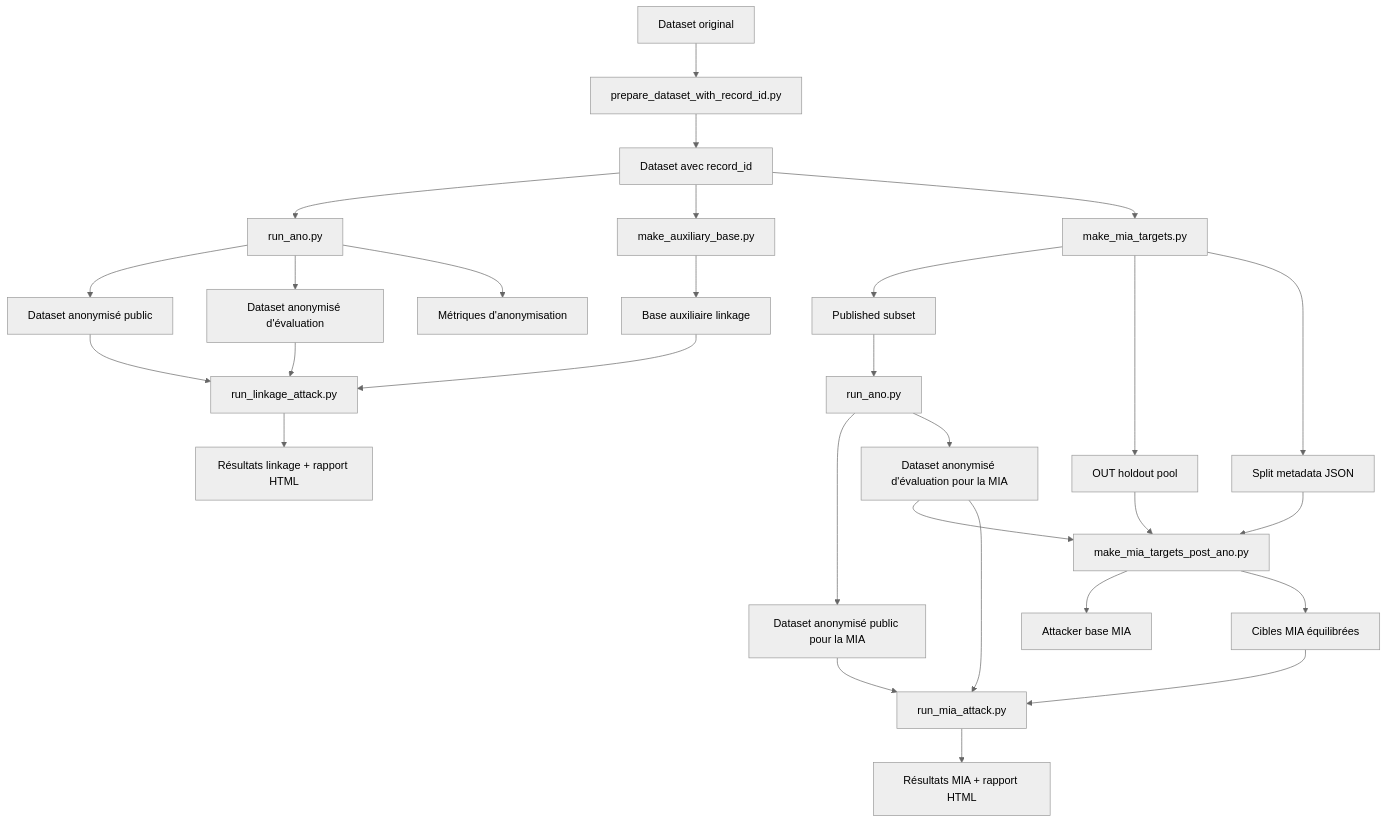
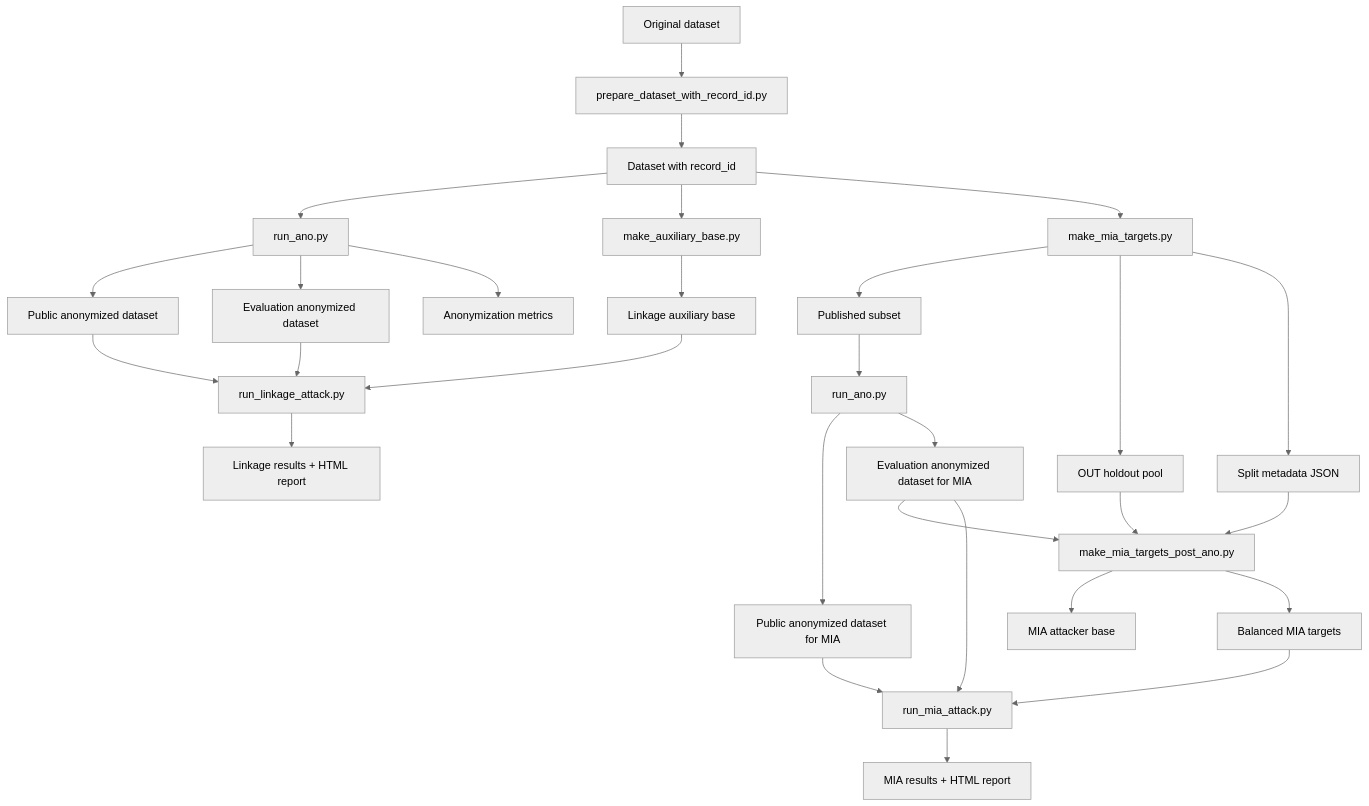
The diagram in ter_attacker_08_04/docs/vue_generale.md (LouisJauniau/TER_privacy_attack), drawn with Mermaid (neutral theme) before and after one commit. The commit also changed other lines of this file and 16 other files, not shown here.

````diff
--- a/ter_attacker_08_04/docs/vue_generale.md
+++ b/ter_attacker_08_04/docs/vue_generale.md
@@ -58,38 +58,38 @@
 ```mermaid
 flowchart TD
-    A[Dataset original] --> B[prepare_dataset_with_record_id.py]
-    B --> C[Dataset avec record_id]
+    A[Original dataset] --> B[prepare_dataset_with_record_id.py]
+    B --> C[Dataset with record_id]
 
     C --> D[run_ano.py]
-    D --> E[Dataset anonymisé public]
-    D --> F[Dataset anonymisé d'évaluation]
-    D --> G[Métriques d'anonymisation]
+    D --> E[Public anonymized dataset]
+    D --> F[Evaluation anonymized dataset]
+    D --> G[Anonymization metrics]
 
     C --> H[make_auxiliary_base.py]
-    H --> I[Base auxiliaire linkage]
+    H --> I[Linkage auxiliary base]
 
     E --> J[run_linkage_attack.py]
     F --> J
     I --> J
-    J --> K[Résultats linkage + rapport HTML]
+    J --> K[Linkage results + HTML report]
 
     C --> L[make_mia_targets.py]
     L --> M[Published subset]
     L --> N[OUT holdout pool]
     L --> O[Split metadata JSON]
 
     M --> P[run_ano.py]
-    P --> Q[Dataset anonymisé public pour la MIA]
-    P --> R[Dataset anonymisé d'évaluation pour la MIA]
+    P --> Q[Public anonymized dataset for MIA]
+    P --> R[Evaluation anonymized dataset for MIA]
 
     N --> S[make_mia_targets_post_ano.py]
     O --> S
     R --> S
-    S --> T[Attacker base MIA]
-    S --> U[Cibles MIA équilibrées]
+    S --> T[MIA attacker base]
+    S --> U[Balanced MIA targets]
 
     Q --> V[run_mia_attack.py]
     R --> V
     U --> V
-    V --> W[Résultats MIA + rapport HTML]
+    V --> W[MIA results + HTML report]
 ```
````
